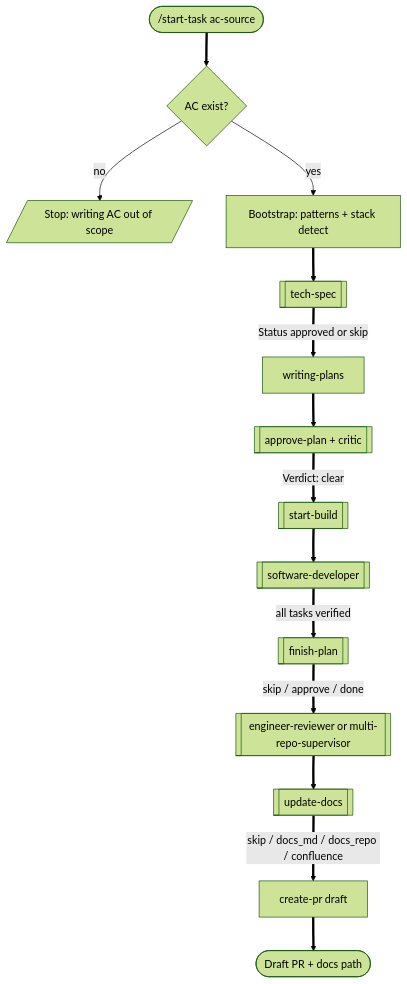
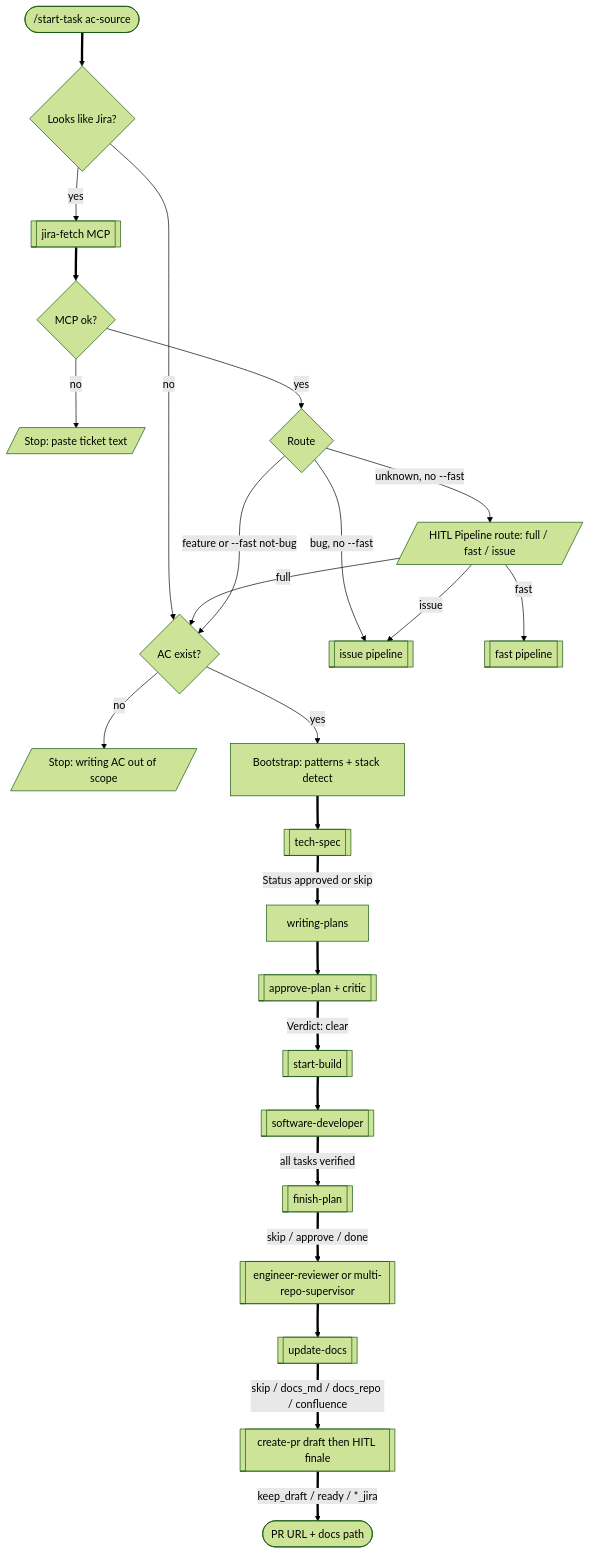
One commit to a-trembak/cursor-spells changed the first of 12 diagrams in docs/superpowers/pipeline-flow.md. Above: the diagram before and after it, drawn with Mermaid (forest theme). The commit also changed other lines of this file and 4 other files, not shown here.

First line of the commit message:
docs: document Jira router, PR finale, and capture-escape

````diff
--- a/docs/superpowers/pipeline-flow.md
+++ b/docs/superpowers/pipeline-flow.md
@@ -30,31 +30,48 @@
 ```mermaid
 flowchart TD
   startNode(["/start-task ac-source"])
+  looksJira{Looks like Jira?}
+  fetch[["jira-fetch MCP"]]
+  fetchFail{MCP ok?}
+  stopPaste[/"Stop: paste ticket text"/]
+  route{"Route"}
+  hitlRoute[/"HITL Pipeline route: full / fast / issue"/]
   noAc{AC exist?}
   stopNoAc[/"Stop: writing AC out of scope"/]
   bootstrap["Bootstrap: patterns + stack detect"]
   techSpec[["tech-spec"]]
   planWrite["writing-plans"]
   approvePlan[["approve-plan + critic"]]
   startBuild[["start-build"]]
   softwareDev[["software-developer"]]
   finishPlan[["finish-plan"]]
   engReview[["engineer-reviewer or multi-repo-supervisor"]]
   updateDocs[["update-docs"]]
-  createPr["create-pr draft"]
-  doneNode(["Draft PR + docs path"])
+  createPr[["create-pr draft then HITL finale"]]
+  doneNode(["PR URL + docs path"])
 
-  startNode ==> noAc
+  startNode ==> looksJira
+  looksJira -->|"yes"| fetch
+  looksJira -->|"no"| noAc
+  fetch ==> fetchFail
+  fetchFail -->|"no"| stopPaste
+  fetchFail -->|"yes"| route
+  route -->|"bug, no --fast"| issuePipe[["issue pipeline"]]
+  route -->|"unknown, no --fast"| hitlRoute
+  hitlRoute -->|"full"| noAc
+  hitlRoute -->|"fast"| fastPipe[["fast pipeline"]]
+  hitlRoute -->|"issue"| issuePipe
+  route -->|"feature or --fast not-bug"| noAc
   noAc -->|"no"| stopNoAc
   noAc -->|"yes"| bootstrap
   bootstrap ==> techSpec
   techSpec ==>|"Status approved or skip"| planWrite
   planWrite ==> approvePlan
   approvePlan ==>|"Verdict: clear"| startBuild
   startBuild ==> softwareDev
   softwareDev ==>|"all tasks verified"| finishPlan
   finishPlan ==>|"skip / approve / done"| engReview
   engReview ==> updateDocs
   updateDocs ==>|"skip / docs_md / docs_repo / confluence"| createPr
-  createPr ==> doneNode
+  createPr ==>|"keep_draft / ready / *_jira"| doneNode
 ```
````
